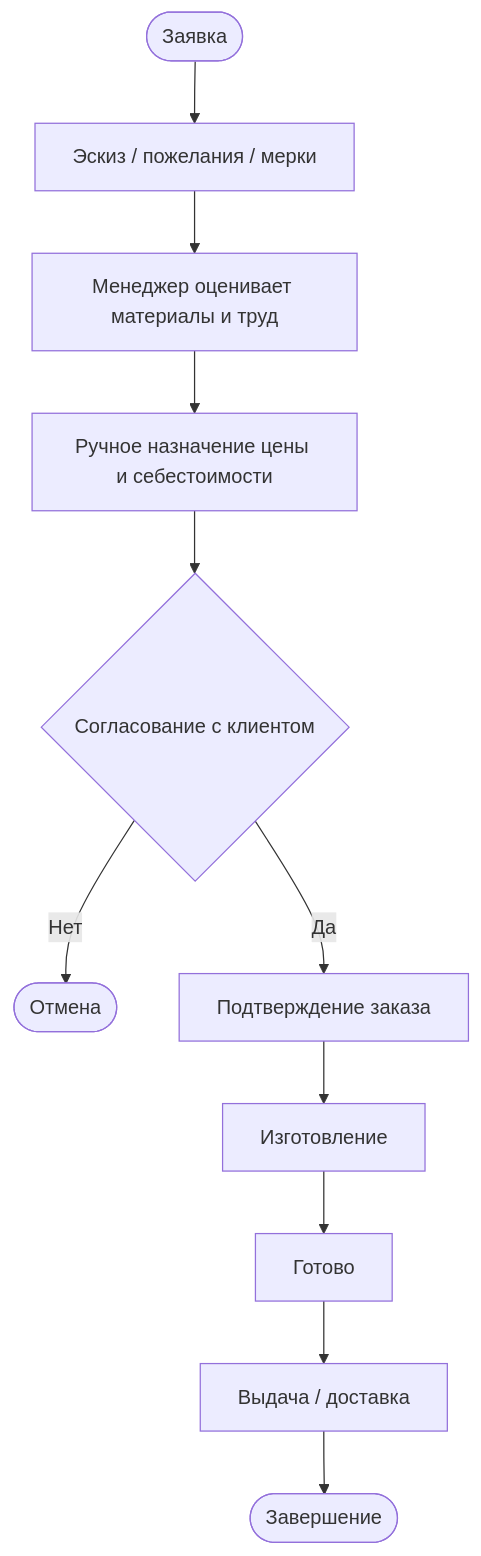
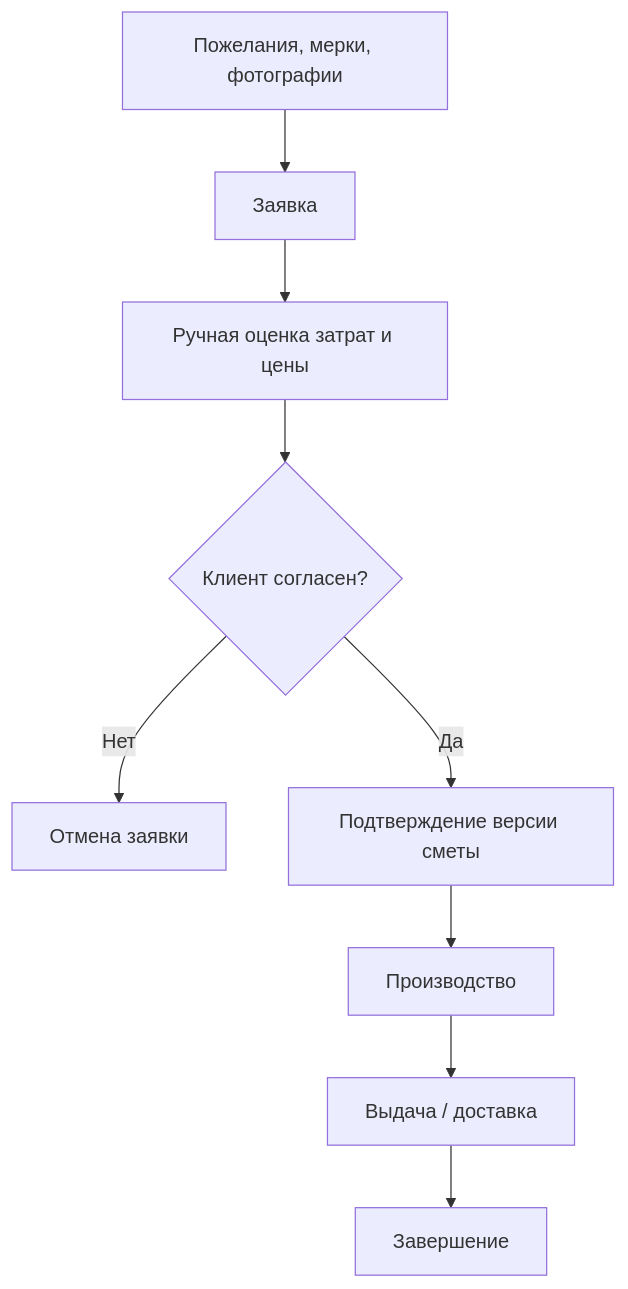
The second of 3 diagrams in docs/business-process.md (Ai-b0ss/atelier-telegram-shop), drawn with Mermaid before and after one commit. The commit also changed other lines of this file and 22 other files, not shown here.

````diff
--- a/docs/business-process.md
+++ b/docs/business-process.md
@@ -28,13 +29,10 @@
 ```mermaid
 flowchart TD
-    A([Заявка]) --> B[Эскиз / пожелания / мерки]
-    B --> C[Менеджер оценивает материалы и труд]
-    C --> D[Ручное назначение цены и себестоимости]
-    D --> E{Согласование с клиентом}
-    E -- Нет --> X([Отмена])
-    E -- Да --> F[Подтверждение заказа]
-    F --> G[Изготовление]
-    G --> H[Готово]
-    H --> I[Выдача / доставка]
-    I --> J([Завершение])
-```
+ A["Пожелания, мерки, фотографии"] --> B["Заявка"]
+ B --> C["Ручная оценка затрат и цены"]
+ C --> D{"Клиент согласен?"}
+ D -- "Нет" --> E["Отмена заявки"]
+ D -- "Да" --> F["Подтверждение версии сметы"]
+ F --> G["Производство"] --> H["Выдача / доставка"]
+ H --> I["Завершение"]
+ ```
````
